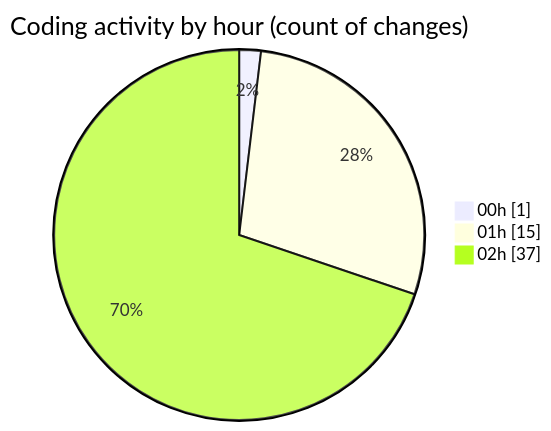
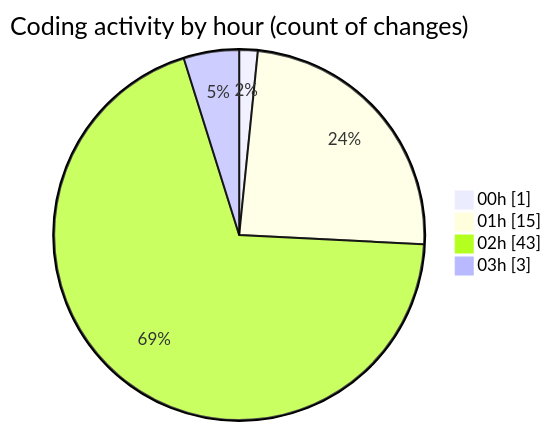
One commit to Elitesun/code-tracking changed the second of 2 diagrams in 2025-05-01/niten/README.md. Above: the diagram before and after it, drawn with Mermaid. The commit also changed other lines of this file and 1 other file, not shown here.

````diff
--- a/2025-05-01/niten/README.md
+++ b/2025-05-01/niten/README.md
@@ -44,7 +47,8 @@
 ```mermaid
 pie showData
 title Coding activity by hour (count of changes)
 "00h" : 1
 "01h" : 15
-"02h" : 37
+"02h" : 43
+"03h" : 3
 ```
````
